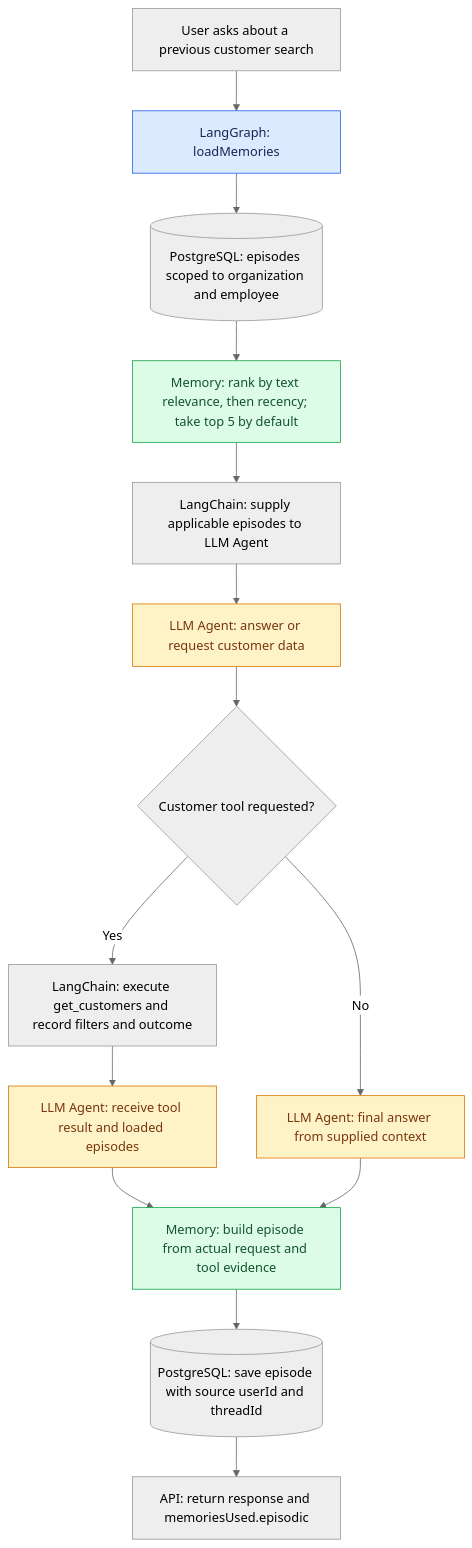
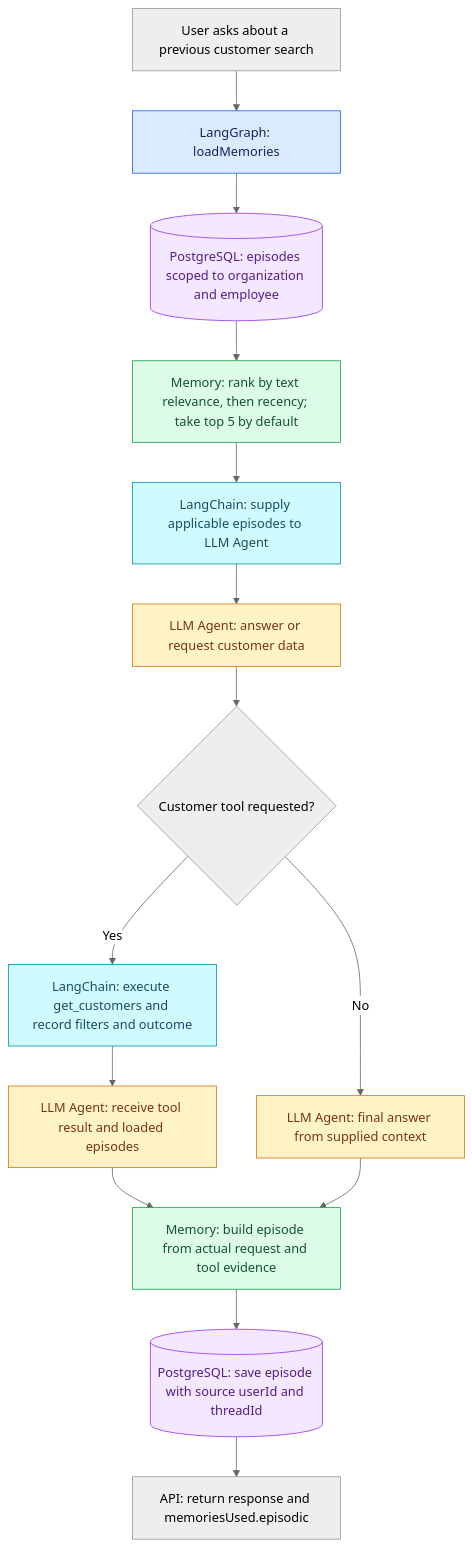
One commit to kamran186/langchain changed the second of 3 diagrams in docs/memory-search-flowcharts.md. Above: the diagram before and after it, drawn with Mermaid (neutral theme). The commit also changed other lines of this file and 3 other files, not shown here.

Commit message:
docs: add PNG exports of memory flowcharts

````diff
--- a/docs/memory-search-flowcharts.md
+++ b/docs/memory-search-flowcharts.md
@@ -38,22 +46,26 @@
 ```mermaid
 flowchart TD
     userPrompt["User asks about a previous customer search"] --> loadNode["LangGraph: loadMemories"]
     loadNode --> episodeDb[("PostgreSQL: episodes scoped to organization and employee")]
     episodeDb --> episodeRank["Memory: rank by text relevance, then recency; take top 5 by default"]
     episodeRank --> planningContext["LangChain: supply applicable episodes to LLM Agent"]
     planningContext --> episodeAgent["LLM Agent: answer or request customer data"]
     episodeAgent --> needsTool{"Customer tool requested?"}
     needsTool -- Yes --> customerTool["LangChain: execute get_customers and record filters and outcome"]
     customerTool --> finalWithTool["LLM Agent: receive tool result and loaded episodes"]
     needsTool -- No --> finalWithoutTool["LLM Agent: final answer from supplied context"]
     finalWithTool --> episodeSave["Memory: build episode from actual request and tool evidence"]
     finalWithoutTool --> episodeSave
     episodeSave --> episodeDbWrite[("PostgreSQL: save episode with source userId and threadId")]
     episodeDbWrite --> episodeResponse["API: return response and memoriesUsed.episodic"]
     classDef graphNode fill:#dbeafe,stroke:#2563eb,color:#172554
     classDef memoryNode fill:#dcfce7,stroke:#16a34a,color:#14532d
+    classDef chainNode fill:#cffafe,stroke:#0891b2,color:#164e63
     classDef agentNode fill:#fef3c7,stroke:#d97706,color:#78350f
+    classDef dataNode fill:#f3e8ff,stroke:#9333ea,color:#581c87
     class loadNode graphNode
     class episodeRank,episodeSave memoryNode
+    class planningContext,customerTool chainNode
     class episodeAgent,finalWithTool,finalWithoutTool agentNode
+    class episodeDb,episodeDbWrite dataNode
 ```
````
